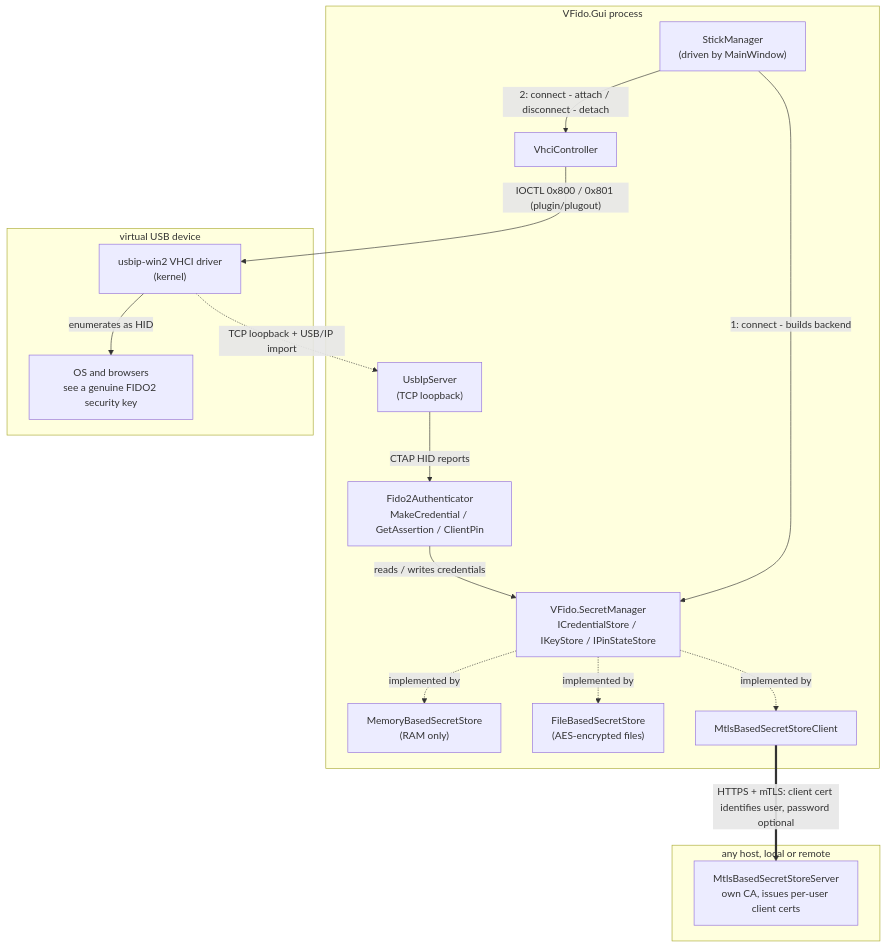
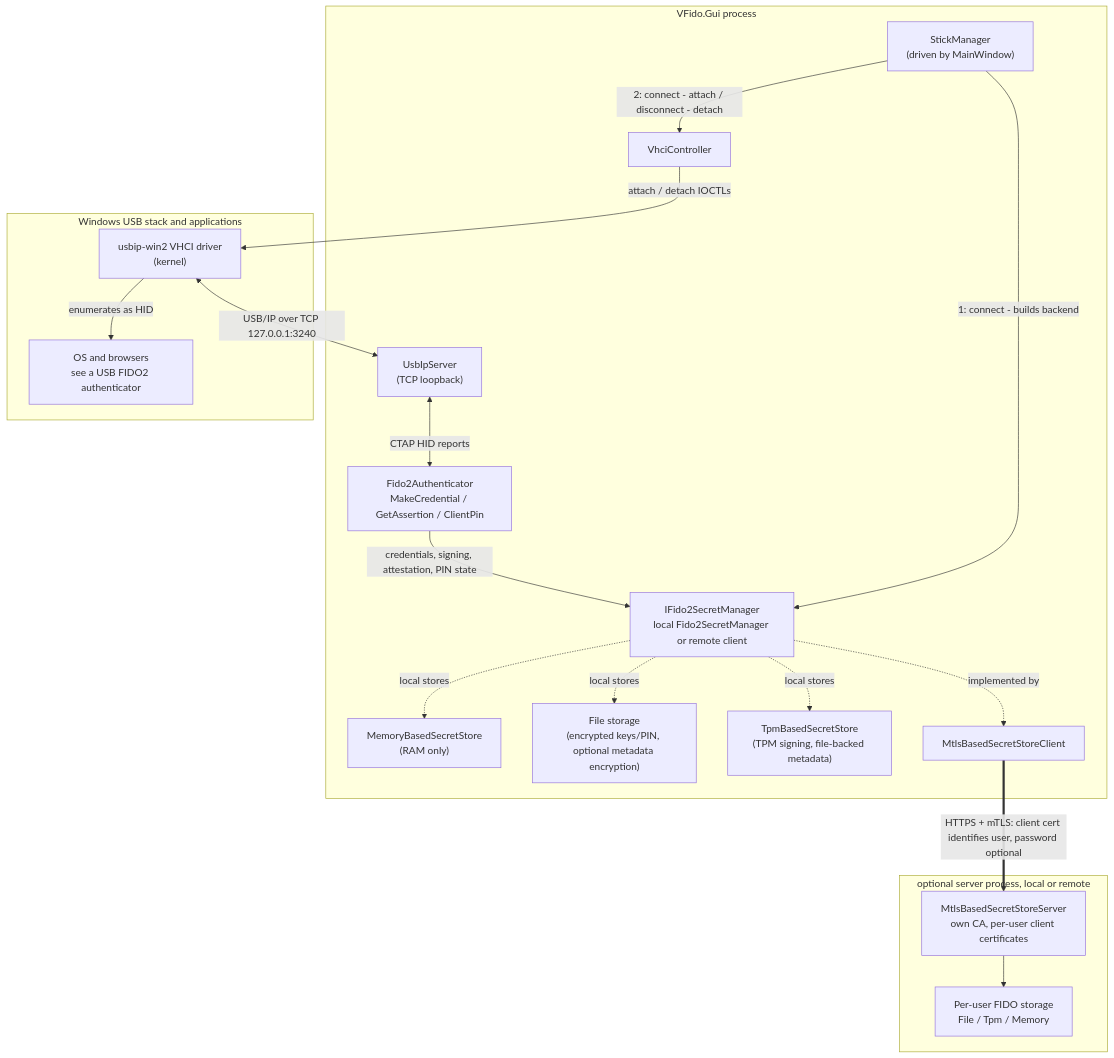
The diagram in README.md (keinPlan/virtual-fido), drawn with Mermaid before and after one commit. The commit also changed other lines of this file, not shown here.

Commit message:
docs: update README for clarity and detail on storage options and setup process

````diff
--- a/README.md
+++ b/README.md
@@ -7,34 +7,38 @@
 ```mermaid
 flowchart TB
     subgraph gui["VFido.Gui process"]
         UI["StickManager\n(driven by MainWindow)"]
         VhciController["VhciController"]
         UsbIpServer["UsbIpServer\n(TCP loopback)"]
         Ctap2["Fido2Authenticator\nMakeCredential / GetAssertion / ClientPin"]
-        SM["VFido.SecretManager\nICredentialStore / IKeyStore / IPinStateStore"]
+        SM["IFido2SecretManager\nlocal Fido2SecretManager or remote client"]
         Mem["MemoryBasedSecretStore\n(RAM only)"]
-        File["FileBasedSecretStore\n(AES-encrypted files)"]
+        File["File storage\n(encrypted keys/PIN, optional metadata encryption)"]
+        Tpm["TpmBasedSecretStore\n(TPM signing, file-backed metadata)"]
         Client["MtlsBasedSecretStoreClient"]
     end
 
-    subgraph usb["virtual USB device"]
+    subgraph usb["Windows USB stack and applications"]
         Driver["usbip-win2 VHCI driver\n(kernel)"]
-        OS["OS and browsers\nsee a genuine FIDO2 security key"]
+        OS["OS and browsers\nsee a USB FIDO2 authenticator"]
     end
 
-    subgraph external["any host, local or remote"]
-        Server["MtlsBasedSecretStoreServer\nown CA, issues per-user client certs"]
+    subgraph external["optional server process, local or remote"]
+        Server["MtlsBasedSecretStoreServer\nown CA, per-user client certificates"]
+        ServerStorage["Per-user FIDO storage\nFile / Tpm / Memory"]
     end
 
     UI -- "1: connect - builds backend" --> SM
     UI -- "2: connect - attach / disconnect - detach" --> VhciController
-    VhciController -- "IOCTL 0x800 / 0x801 (plugin/plugout)" --> Driver
+    VhciController -- "attach / detach IOCTLs" --> Driver
     Driver -- "enumerates as HID" --> OS
-    Driver -. "TCP loopback + USB/IP import" .-> UsbIpServer
-    UsbIpServer -- "CTAP HID reports" --> Ctap2
-    Ctap2 -- "reads / writes credentials" --> SM
-    SM -. "implemented by" .-> Mem
-    SM -. "implemented by" .-> File
+    Driver <-->|"USB/IP over TCP 127.0.0.1:3240"| UsbIpServer
+    UsbIpServer <-->|"CTAP HID reports"| Ctap2
+    Ctap2 -- "credentials, signing, attestation, PIN state" --> SM
+    SM -. "local stores" .-> Mem
+    SM -. "local stores" .-> File
+    SM -. "local stores" .-> Tpm
     SM -. "implemented by" .-> Client
     Client == "HTTPS + mTLS: client cert identifies user, password optional" ==> Server
+    Server --> ServerStorage
 ```
````
